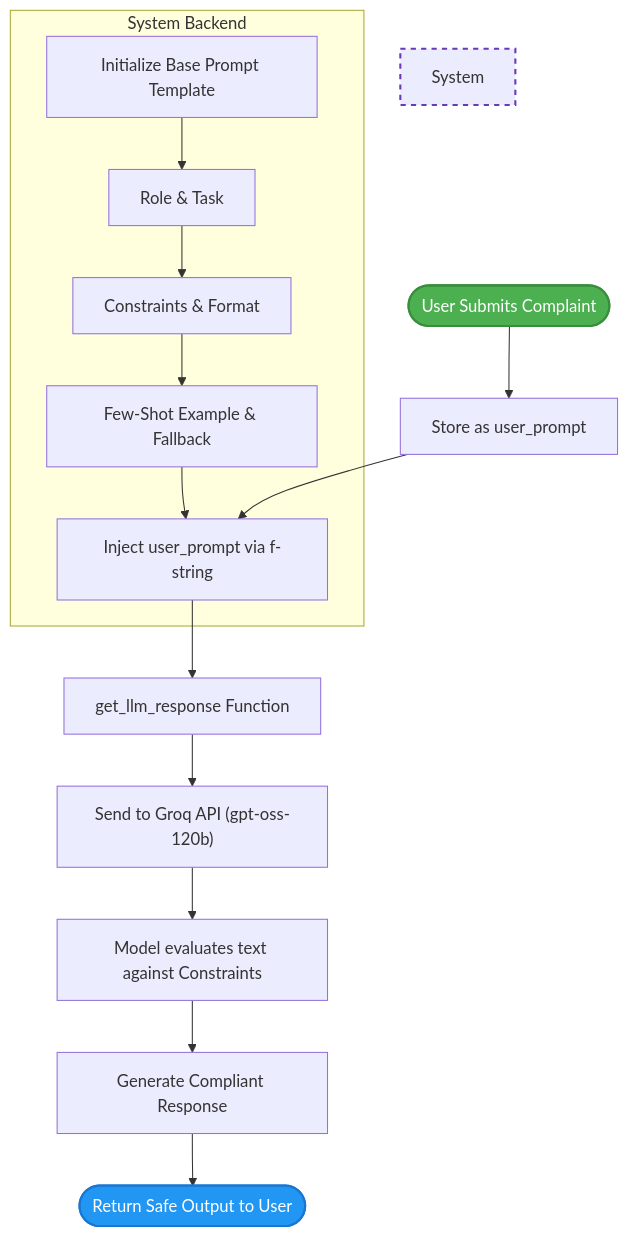
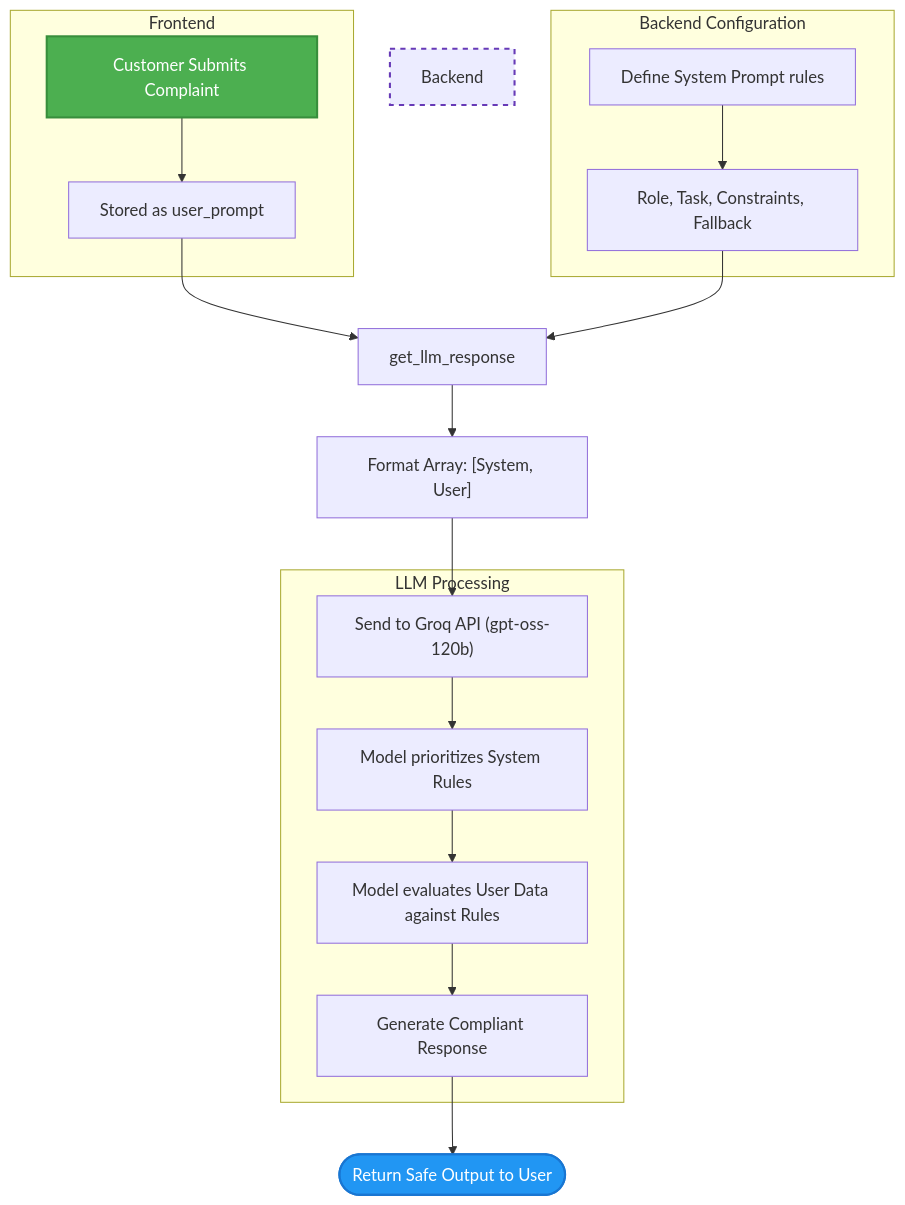
Before and after one commit to vivekrajraghav/building-ai-systems: the diagram in week2/day6/README.md, drawn with Mermaid. The commit also changed other lines of this file and 1 other file, not shown here.

````diff
--- a/week2/day6/README.md
+++ b/week2/day6/README.md
@@ -128,24 +132,29 @@
 ```mermaid
 graph TD
-    A([User Submits Complaint]) --> B[Store as user_prompt]
-    
-    subgraph System Backend
-    C[Initialize Base Prompt Template] --> D[Role & Task]
-    D --> E[Constraints & Format]
-    E --> F[Few-Shot Example & Fallback]
-    F --> G["Inject user_prompt via f-string"]
+    subgraph Frontend
+    A[Customer Submits Complaint] --> B[Stored as user_prompt]
     end
     
-    B --> G
-    G --> H[get_llm_response Function]
-    H --> I["Send to Groq API (gpt-oss-120b)"]
+    subgraph Backend Configuration
+    C[Define System Prompt rules] --> D[Role, Task, Constraints, Fallback]
+    end
     
-    I --> J[Model evaluates text against Constraints]
-    J --> K[Generate Compliant Response]
-    K --> L([Return Safe Output to User])
+    B --> E[get_llm_response]
+    D --> E
+    
+    E --> F["Format Array: [System, User]"]
+    F --> G["Send to Groq API (gpt-oss-120b)"]
+    
+    subgraph LLM Processing
+    G --> H[Model prioritizes System Rules]
+    H --> I[Model evaluates User Data against Rules]
+    I --> J[Generate Compliant Response]
+    end
+    
+    J --> K([Return Safe Output to User])
     
     style A fill:#4CAF50,stroke:#388E3C,stroke-width:2px,color:#fff
-    style L fill:#2196F3,stroke:#1976D2,stroke-width:2px,color:#fff
-    style System Backend fill:#f4f4f9,stroke:#673ab7,stroke-width:2px,stroke-dasharray: 5 5
+    style K fill:#2196F3,stroke:#1976D2,stroke-width:2px,color:#fff
+    style Backend Configuration fill:#f4f4f9,stroke:#673ab7,stroke-width:2px,stroke-dasharray: 5 5
 
 ```
````
